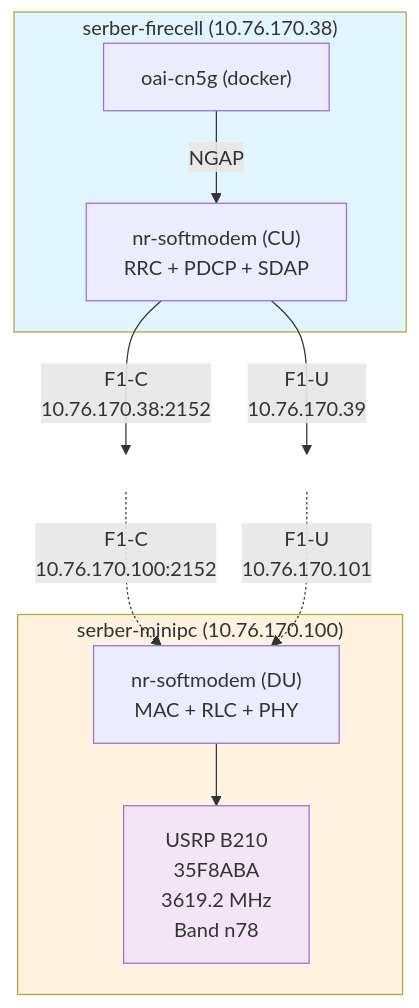
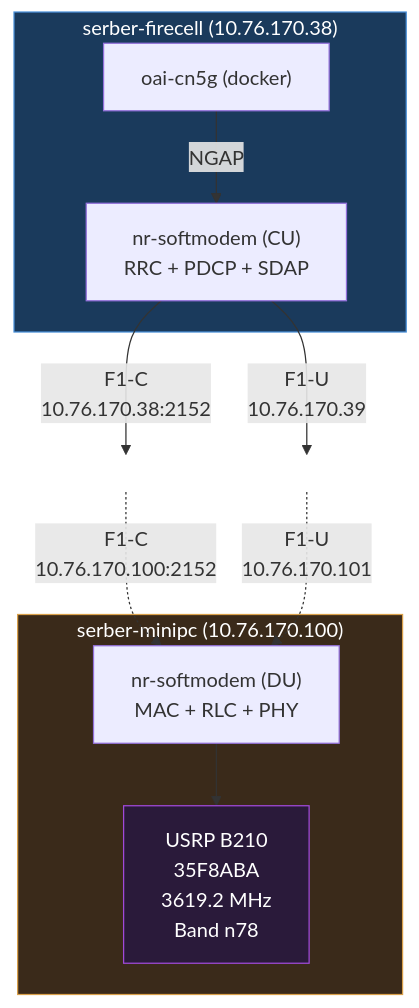
The diagram in README.md (promaaa/cu-du), drawn with Mermaid before and after one commit.

Commit message:
Improve mermaid diagram colors for dark theme

````diff
--- a/README.md
+++ b/README.md
@@ -12,26 +12,26 @@
 ```mermaid
 flowchart TB
     subgraph CN["serber-firecell (10.76.170.38)"]
         CN_container["oai-cn5g (docker)"]
         CU["nr-softmodem (CU)<br/>RRC + PDCP + SDAP"]
         CN_container -->|"NGAP"| CU
     end
 
     CU -->|"F1-C<br/>10.76.170.38:2152"| F1C[" "]
     CU -->|"F1-U<br/>10.76.170.39"| F1U[" "]
 
     subgraph DU["serber-minipc (10.76.170.100)"]
         DU_process["nr-softmodem (DU)<br/>MAC + RLC + PHY"]
         USRP["USRP B210<br/>35F8ABA<br/>3619.2 MHz<br/>Band n78"]
         DU_process --> USRP
     end
 
     F1C -.->|"F1-C<br/>10.76.170.100:2152"| DU_process
     F1U -.->|"F1-U<br/>10.76.170.101"| DU_process
 
-    style CN fill:#e1f5fe
-    style DU fill:#fff3e0
-    style USRP fill:#f3e5f5
+    style CN fill:#1a3a5c,stroke:#4a90d9,color:#fff
+    style DU fill:#3a2a1a,stroke:#d9a04a,color:#fff
+    style USRP fill:#2a1a3a,stroke:#a04ad9,color:#fff
     style F1C fill:transparent,stroke:transparent
     style F1U fill:transparent,stroke:transparent
 ```
````
